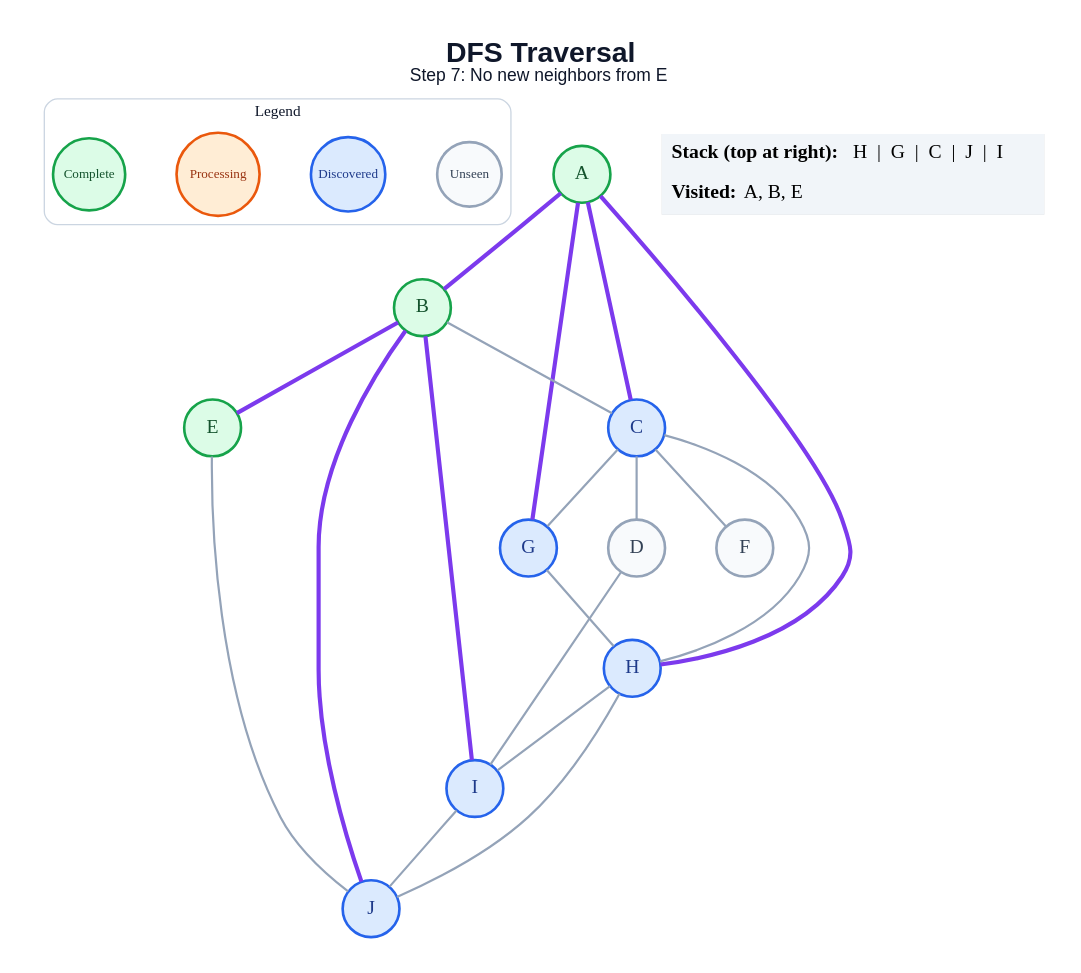
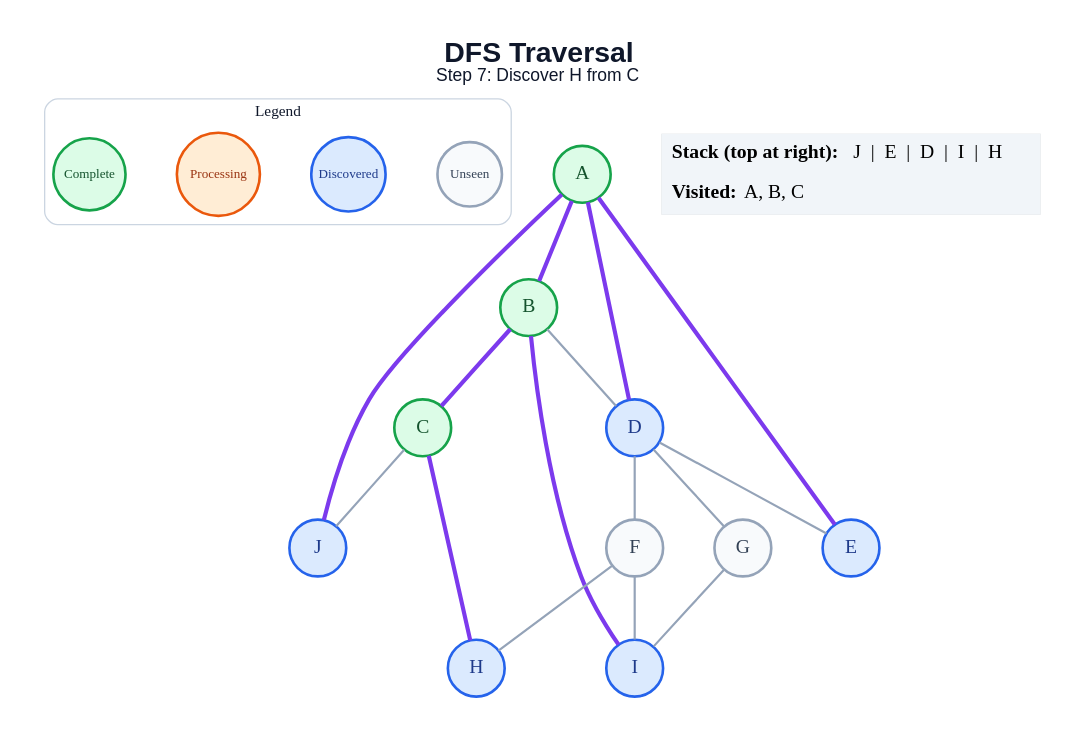
One commit to amanghodawala9/ai-slop changed the diagram in generated/dfs/step_07.dot. Above: the diagram before and after it, drawn with Graphviz. The commit also changed 178 other files, not shown here.

```diff
--- a/generated/dfs/step_07.dot
+++ b/generated/dfs/step_07.dot
@@ -1,47 +1,44 @@
 graph traversal {
   graph [layout=dot, rankdir=TB, bgcolor="#FFFFFF", pad="0.35", nodesep="0.65", ranksep="0.8", fontname="Arial"];
   node [shape=circle, style="filled", fontname="Arial Bold", fontsize=18, width=0.72, fixedsize=true, penwidth=2.4];
   edge [color="#94A3B8", penwidth=2.0];
-  label=<<B>DFS Traversal</B><BR/><FONT POINT-SIZE="16">Step 7: No new neighbors from E</FONT>>; labelloc="t"; fontsize=26; fontname="Arial"; fontcolor="#0F172A";
+  label=<<B>DFS Traversal</B><BR/><FONT POINT-SIZE="16">Step 7: Discover H from C</FONT>>; labelloc="t"; fontsize=26; fontname="Arial"; fontcolor="#0F172A";
   subgraph cluster_legend { label="Legend"; color="#CBD5E1"; penwidth=1.2; style="rounded"; fontsize=14; fontname="Arial Bold";
     key_unseen [label="Unseen", fillcolor="#F8FAFC", color="#94A3B8", fontcolor="#334155", fontsize=12, width=0.82];
     key_frontier [label="Discovered", fillcolor="#DBEAFE", color="#2563EB", fontcolor="#1E3A8A", fontsize=12, width=0.95];
     key_current [label="Processing", fillcolor="#FFEDD5", color="#EA580C", fontcolor="#9A3412", fontsize=12, width=1.05];
     key_done [label="Complete", fillcolor="#DCFCE7", color="#16A34A", fontcolor="#14532D", fontsize=12, width=0.92];
     { rank=same; key_unseen; key_frontier; key_current; key_done; }
   }
   A [fillcolor="#DCFCE7", color="#16A34A", fontcolor="#14532D"];
   B [fillcolor="#DCFCE7", color="#16A34A", fontcolor="#14532D"];
-  C [fillcolor="#DBEAFE", color="#2563EB", fontcolor="#1E3A8A"];
-  D [fillcolor="#F8FAFC", color="#94A3B8", fontcolor="#334155"];
-  E [fillcolor="#DCFCE7", color="#16A34A", fontcolor="#14532D"];
+  C [fillcolor="#DCFCE7", color="#16A34A", fontcolor="#14532D"];
+  D [fillcolor="#DBEAFE", color="#2563EB", fontcolor="#1E3A8A"];
+  E [fillcolor="#DBEAFE", color="#2563EB", fontcolor="#1E3A8A"];
   F [fillcolor="#F8FAFC", color="#94A3B8", fontcolor="#334155"];
-  G [fillcolor="#DBEAFE", color="#2563EB", fontcolor="#1E3A8A"];
+  G [fillcolor="#F8FAFC", color="#94A3B8", fontcolor="#334155"];
   H [fillcolor="#DBEAFE", color="#2563EB", fontcolor="#1E3A8A"];
   I [fillcolor="#DBEAFE", color="#2563EB", fontcolor="#1E3A8A"];
   J [fillcolor="#DBEAFE", color="#2563EB", fontcolor="#1E3A8A"];
   A -- B [color="#7C3AED", penwidth=3.8];
-  A -- C [color="#7C3AED", penwidth=3.8];
-  A -- G [color="#7C3AED", penwidth=3.8];
-  A -- H [color="#7C3AED", penwidth=3.8];
-  B -- C;
-  B -- E [color="#7C3AED", penwidth=3.8];
+  A -- D [color="#7C3AED", penwidth=3.8];
+  A -- E [color="#7C3AED", penwidth=3.8];
+  A -- J [color="#7C3AED", penwidth=3.8];
+  B -- C [color="#7C3AED", penwidth=3.8];
+  B -- D;
   B -- I [color="#7C3AED", penwidth=3.8];
-  B -- J [color="#7C3AED", penwidth=3.8];
-  C -- D;
-  C -- F;
-  C -- G;
-  C -- H;
-  D -- I;
-  E -- J;
-  G -- H;
-  H -- I;
-  H -- J;
-  I -- J;
+  C -- H [color="#7C3AED", penwidth=3.8];
+  C -- J;
+  D -- E;
+  D -- F;
+  D -- G;
+  F -- H;
+  F -- I;
+  G -- I;
   status [shape=plain, fixedsize=false, width=0, height=0, margin=0, label=<
     <TABLE BORDER="0" CELLBORDER="0" CELLPADDING="7" BGCOLOR="#F1F5F9">
-      <TR><TD ALIGN="LEFT"><B>Stack (top at right):</B> H  |  G  |  C  |  J  |  I</TD></TR>
-      <TR><TD ALIGN="LEFT"><B>Visited:</B> A, B, E</TD></TR>
+      <TR><TD ALIGN="LEFT"><B>Stack (top at right):</B> J  |  E  |  D  |  I  |  H</TD></TR>
+      <TR><TD ALIGN="LEFT"><B>Visited:</B> A, B, C</TD></TR>
     </TABLE>
   >];
 }
```
